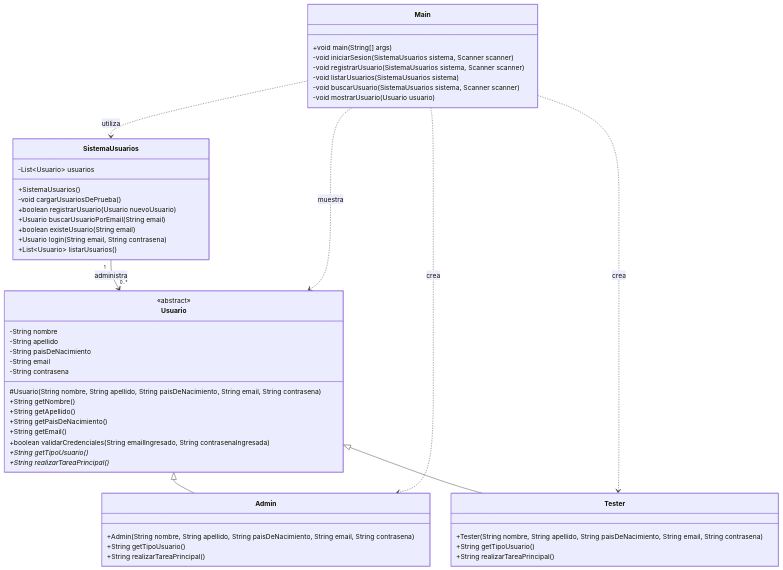
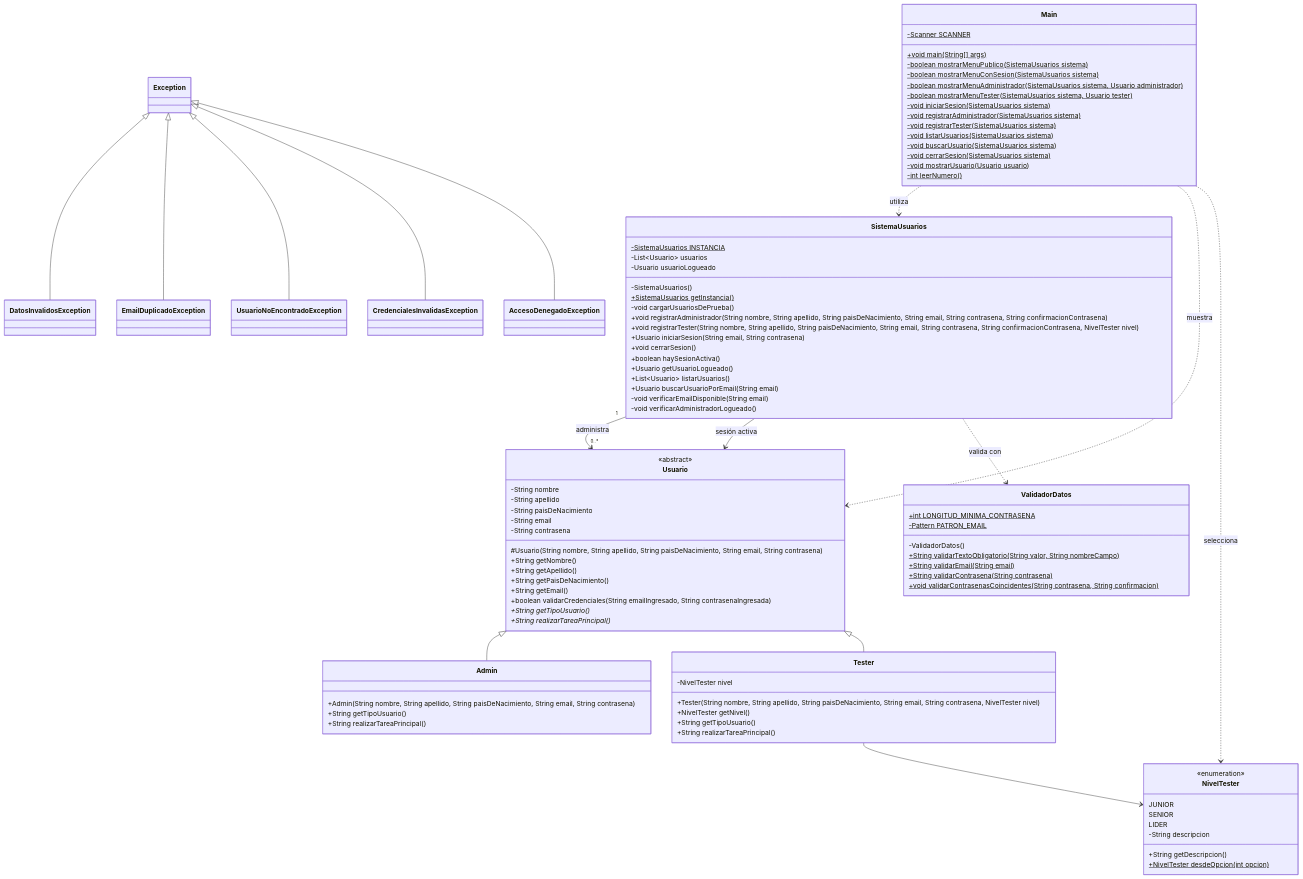
One commit to cforteza91/induccion-a-la-programacion-aplicada-al-testing changed the diagram in README.md. Above: the diagram before and after it, drawn with Mermaid. The commit also changed other lines of this file, not shown here.

````diff
--- a/README.md
+++ b/README.md
@@ -54,7 +126,6 @@
         -String paisDeNacimiento
         -String email
         -String contrasena
-
         #Usuario(String nombre, String apellido, String paisDeNacimiento, String email, String contrasena)
         +String getNombre()
         +String getApellido()
@@ -72,39 +143,88 @@
     }
 
     class Tester {
-        +Tester(String nombre, String apellido, String paisDeNacimiento, String email, String contrasena)
+        -NivelTester nivel
+        +Tester(String nombre, String apellido, String paisDeNacimiento, String email, String contrasena, NivelTester nivel)
+        +NivelTester getNivel()
         +String getTipoUsuario()
         +String realizarTareaPrincipal()
     }
 
+    class NivelTester {
+        <<enumeration>>
+        JUNIOR
+        SENIOR
+        LIDER
+        -String descripcion
+        +String getDescripcion()
+        +NivelTester desdeOpcion(int opcion)$
+    }
+
     class SistemaUsuarios {
+        -SistemaUsuarios INSTANCIA$
         -List~Usuario~ usuarios
+        -Usuario usuarioLogueado
+        -SistemaUsuarios()
+        +SistemaUsuarios getInstancia()$
+        -void cargarUsuariosDePrueba()
+        +void registrarAdministrador(String nombre, String apellido, String paisDeNacimiento, String email, String contrasena, String confirmacionContrasena)
+        +void registrarTester(String nombre, String apellido, String paisDeNacimiento, String email, String contrasena, String confirmacionContrasena, NivelTester nivel)
+        +Usuario iniciarSesion(String email, String contrasena)
+        +void cerrarSesion()
+        +boolean haySesionActiva()
+        +Usuario getUsuarioLogueado()
+        +List~Usuario~ listarUsuarios()
+        +Usuario buscarUsuarioPorEmail(String email)
+        -void verificarEmailDisponible(String email)
+        -void verificarAdministradorLogueado()
+    }
 
-        +SistemaUsuarios()
-        -void cargarUsuariosDePrueba()
-        +boolean registrarUsuario(Usuario nuevoUsuario)
-        +Usuario buscarUsuarioPorEmail(String email)
-        +boolean existeUsuario(String email)
-        +Usuario login(String email, String contrasena)
-        +List~Usuario~ listarUsuarios()
+    class ValidadorDatos {
+        +int LONGITUD_MINIMA_CONTRASENA$
+        -Pattern PATRON_EMAIL$
+        -ValidadorDatos()
+        +String validarTextoObligatorio(String valor, String nombreCampo)$
+        +String validarEmail(String email)$
+        +String validarContrasena(String contrasena)$
+        +void validarContrasenasCoincidentes(String contrasena, String confirmacion)$
     }
 
     class Main {
-        +void main(String[] args)
-        -void iniciarSesion(SistemaUsuarios sistema, Scanner scanner)
-        -void registrarUsuario(SistemaUsuarios sistema, Scanner scanner)
-        -void listarUsuarios(SistemaUsuarios sistema)
-        -void buscarUsuario(SistemaUsuarios sistema, Scanner scanner)
-        -void mostrarUsuario(Usuario usuario)
+        -Scanner SCANNER$
+        +void main(String[] args)$
+        -boolean mostrarMenuPublico(SistemaUsuarios sistema)$
+        -boolean mostrarMenuConSesion(SistemaUsuarios sistema)$
+        -boolean mostrarMenuAdministrador(SistemaUsuarios sistema, Usuario administrador)$
+        -boolean mostrarMenuTester(SistemaUsuarios sistema, Usuario tester)$
+        -void iniciarSesion(SistemaUsuarios sistema)$
+        -void registrarAdministrador(SistemaUsuarios sistema)$
+        -void registrarTester(SistemaUsuarios sistema)$
+        -void listarUsuarios(SistemaUsuarios sistema)$
+        -void buscarUsuario(SistemaUsuarios sistema)$
+        -void cerrarSesion(SistemaUsuarios sistema)$
+        -void mostrarUsuario(Usuario usuario)$
+        -int leerNumero()$
     }
+
+    class DatosInvalidosException
+    class EmailDuplicadoException
+    class UsuarioNoEncontradoException
+    class CredencialesInvalidasException
+    class AccesoDenegadoException
 
     Usuario <|-- Admin
     Usuario <|-- Tester
-
+    Tester --> NivelTester
     SistemaUsuarios "1" --> "0..*" Usuario : administra
-
+    SistemaUsuarios --> Usuario : sesión activa
+    SistemaUsuarios ..> ValidadorDatos : valida con
     Main ..> SistemaUsuarios : utiliza
     Main ..> Usuario : muestra
-    Main ..> Admin : crea
-    Main ..> Tester : crea
+    Main ..> NivelTester : selecciona
+
+    Exception <|-- DatosInvalidosException
+    Exception <|-- EmailDuplicadoException
+    Exception <|-- UsuarioNoEncontradoException
+    Exception <|-- CredencialesInvalidasException
+    Exception <|-- AccesoDenegadoException
 ```
````
